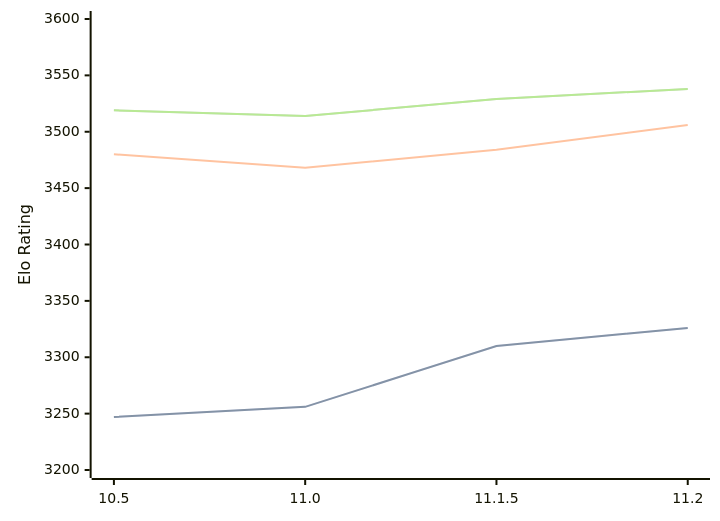
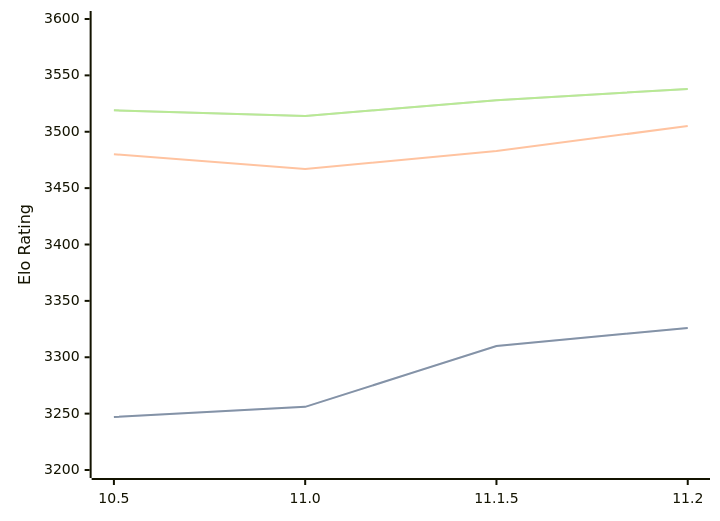
The diagram in engines/Lizard.md (computer-chess-index/cci), drawn with Mermaid before and after one commit. The commit also changed other lines of this file, not shown here.

Commit message:
Update CCI Ratings (ELO VLTC) - 2026-03-24

````diff
--- a/engines/Lizard.md
+++ b/engines/Lizard.md
@@ -46,11 +46,11 @@
 ```mermaid
 %%{init: {"theme":"base","themeVariables":{"seriesColors:['#a3a3a3','#222221','#faa371']}}}%%
 xychart-beta
   x-axis ["10.5", "11.0", "11.1.5", "11.2"]
   y-axis "Elo Rating" 3200 --> 3600
   line "STC (8.0+0.08s)" [3247, 3256, 3310, 3326]
   line "STC (8.0+0.08s)" [3247, 3256, 3310, 3326]
-  line "LTC (60.0+0.60s)" [3480, 3468, 3484, 3506]
-  line "VLTC (2m24s+1.12s)" [3519, 3514, 3529, 3538]
-  line "VLTC (2m24s+1.12s)" [3519, 3514, 3529, 3538]
+  line "LTC (60.0+0.60s)" [3480, 3467, 3483, 3505]
+  line "VLTC (2m24s+1.12s)" [3519, 3514, 3528, 3538]
+  line "VLTC (2m24s+1.12s)" [3519, 3514, 3528, 3538]
 ```
````
